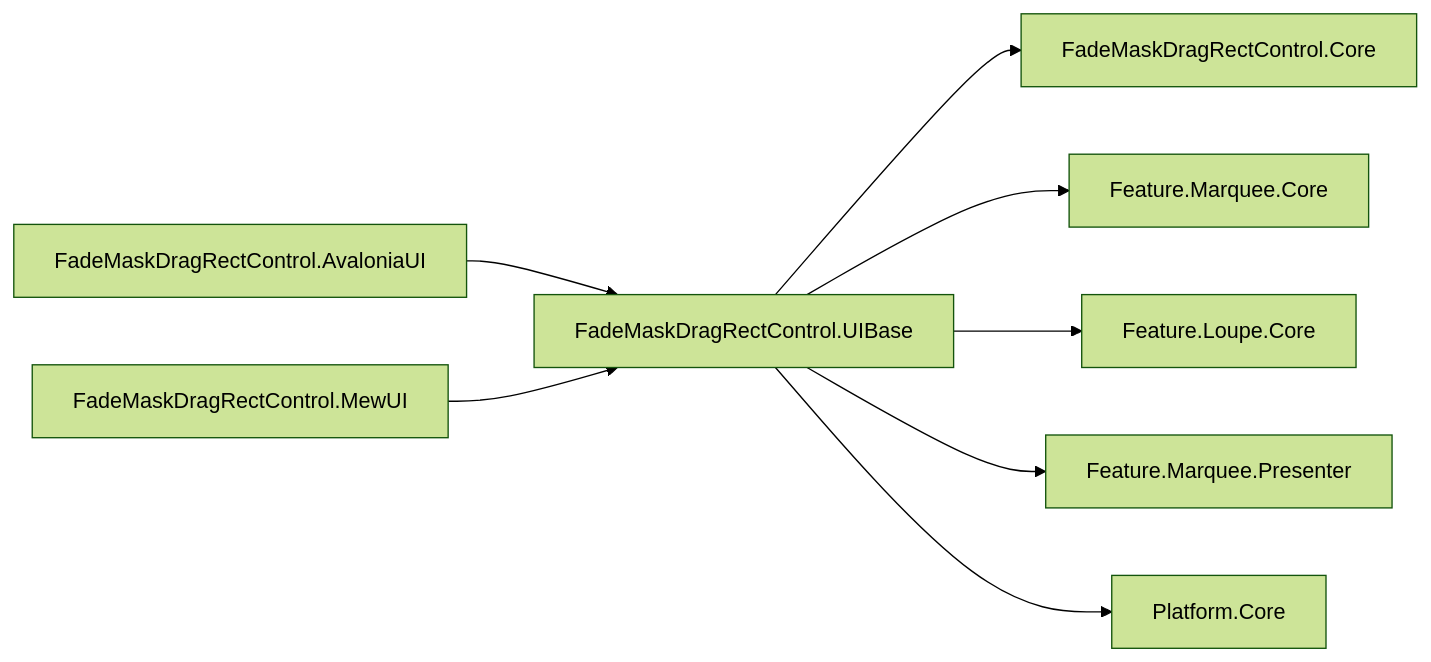
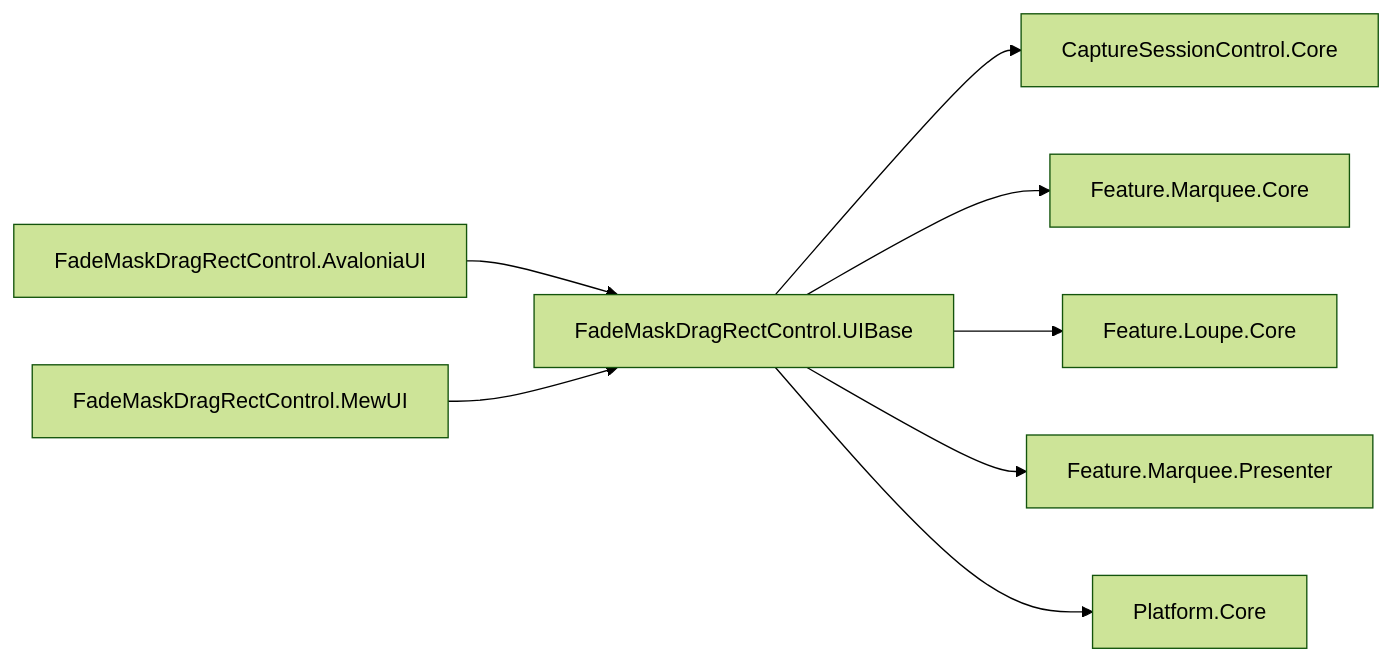
The first of 5 diagrams in src/FadeMaskDragRectControl.UIBase/SPEC_System.md (tomokuni/SaveEvidence), drawn with Mermaid (forest theme) before and after one commit. The commit also changed other lines of this file and 19 other files, not shown here.

````diff
--- a/src/FadeMaskDragRectControl.UIBase/SPEC_System.md
+++ b/src/FadeMaskDragRectControl.UIBase/SPEC_System.md
@@ -26,10 +26,10 @@
 ```mermaid
 graph LR
   A[FadeMaskDragRectControl.AvaloniaUI] --> U[FadeMaskDragRectControl.UIBase]
   B[FadeMaskDragRectControl.MewUI] --> U
-  U --> C[FadeMaskDragRectControl.Core]
+  U --> C[CaptureSessionControl.Core]
   U --> M[Feature.Marquee.Core]
   U --> L[Feature.Loupe.Core]
   U --> H[Feature.Marquee.Presenter]
   U --> P[Platform.Core]
 ```
````
